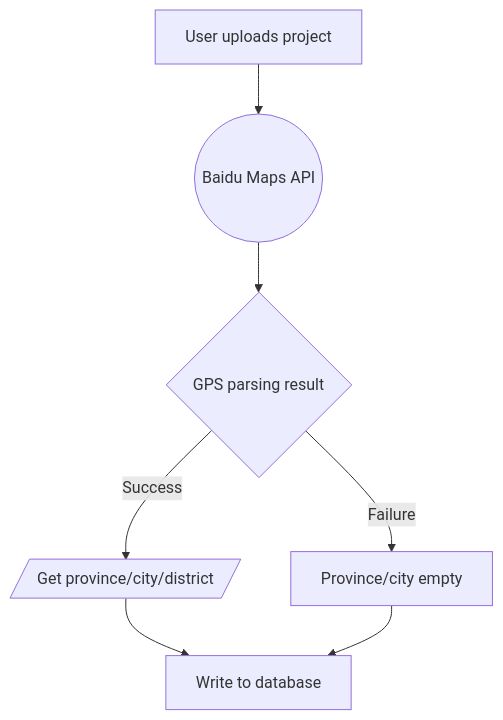
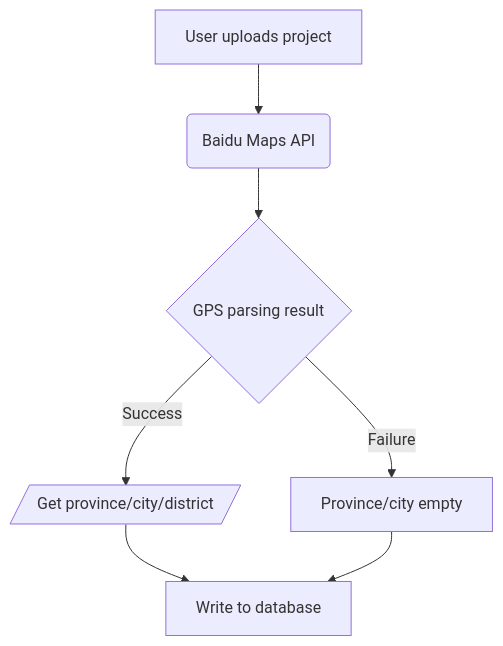
Before and after one commit to sacrtap/Opc_Kit: the first of 6 diagrams in create-prd/references/mermaid-rules.md, drawn with Mermaid. The commit also changed other lines of this file and 4 other files, not shown here.

First line of the commit message:
feat(create-prd): mermaid cross-engine compatibility, scoring weight fix, mandatory re-scoring

````diff
--- a/create-prd/references/mermaid-rules.md
+++ b/create-prd/references/mermaid-rules.md
@@ -30,9 +43,9 @@
 ```mermaid
 flowchart TD
-    A[User uploads project] --> B((Baidu Maps API))
+    A[User uploads project] --> B(Baidu Maps API)
     B --> C{GPS parsing result}
     C -->|Success| D[/Get province/city/district/]
     C -->|Failure| E[Province/city empty]
     D --> F[Write to database]
     E --> F
 ```
````
